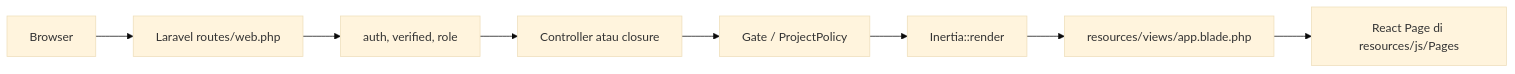
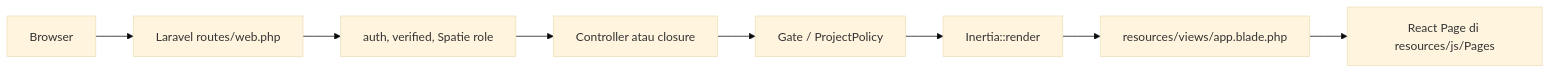
The first of 3 diagrams in SYSTEM_ARCHITECTURE.md (MutiaraFebriantiRukmana/ProjectManagementSystem), drawn with Mermaid (base theme) before and after one commit. The commit also changed other lines of this file, not shown here.

Commit message:
docs: update system architecture analysis and project roadmap

````diff
--- a/SYSTEM_ARCHITECTURE.md
+++ b/SYSTEM_ARCHITECTURE.md
@@ -135,10 +133,10 @@
 ```mermaid
 flowchart LR
     Browser --> Web[Laravel routes/web.php]
-    Web --> Middleware[auth, verified, role]
+    Web --> Middleware[auth, verified, Spatie role]
     Middleware --> Controller[Controller atau closure]
     Controller --> Policy[Gate / ProjectPolicy]
     Policy --> Inertia[Inertia::render]
     Inertia --> Blade[resources/views/app.blade.php]
     Blade --> React[React Page di resources/js/Pages]
 ```
````
